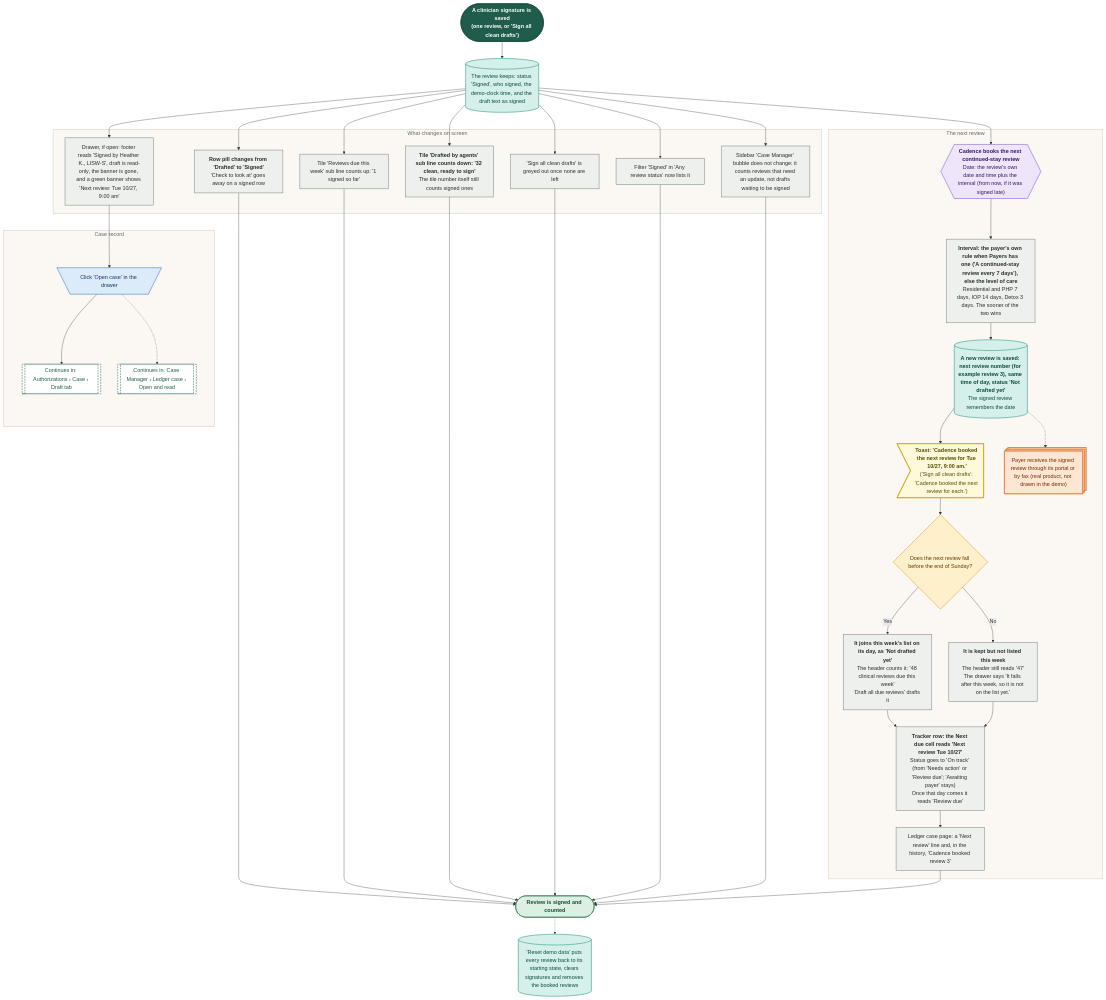
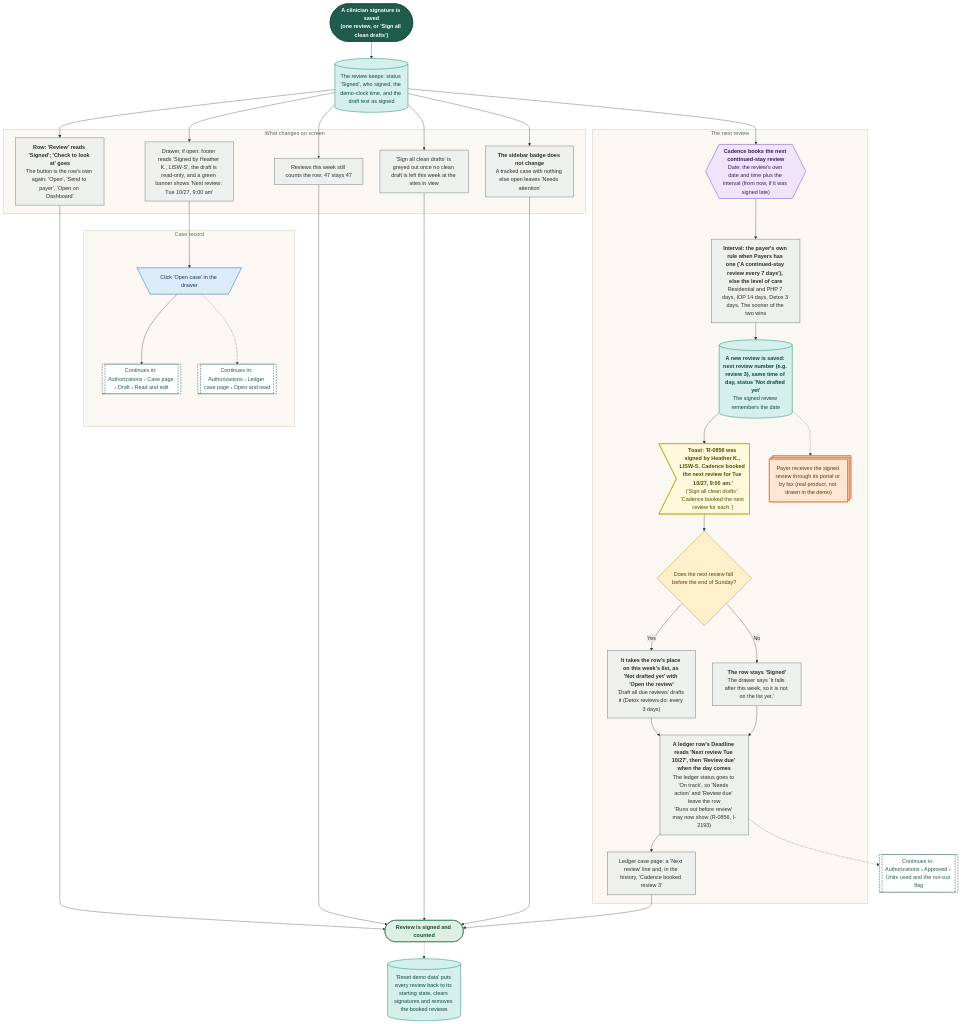
One commit to Shrav143/psyfloapp changed diagram 17 of 20 in demos/prior-auth-demo/workflows/out/md/07-case-manager.md. Above: the diagram before and after it, drawn with Mermaid. The commit also changed other lines of this file and 113 other files, not shown here.

First line of the commit message:
docs: workflow diagrams for the merged Authorizations (worklist, approved, reviews and tracked cases, sidebar arrow), every link retargeted, 336 diagrams

````diff
--- a/demos/prior-auth-demo/workflows/out/md/07-case-manager.md
+++ b/demos/prior-auth-demo/workflows/out/md/07-case-manager.md
@@ -1440,77 +1264,77 @@
 ```mermaid
 %%{init: {"theme":"base","themeVariables":{"fontFamily":"'DM Sans', 'Segoe UI', system-ui, sans-serif","fontSize":"15px","lineColor":"#5B6B63","primaryTextColor":"#1C2B25","clusterBkg":"#FBF8F3","clusterBorder":"#D9CDBB","edgeLabelBackground":"#FFFFFF"},"flowchart":{"curve":"basis","nodeSpacing":36,"rankSpacing":48,"padding":12,"htmlLabels":true,"useMaxWidth":false,"wrappingWidth":230}} }%%
 flowchart TD
   classDef k_start fill:#1F5C4B,stroke:#174638,color:#FFFFFF,stroke-width:1.5px,font-weight:600
   classDef k_end fill:#DDEFE3,stroke:#2E7D4F,color:#14502F,stroke-width:1.5px,font-weight:600
   classDef k_endx fill:#FBE3E0,stroke:#C0392B,color:#7A1F16,stroke-width:1.5px,font-weight:600
   classDef k_screen fill:#FFFDF8,stroke:#1F5C4B,color:#1C2B25,stroke-width:2px
   classDef k_overlay fill:#F1F7F3,stroke:#1F5C4B,color:#1C2B25,stroke-width:2px,stroke-dasharray:5 3
   classDef k_click fill:#DCEBFA,stroke:#2F6DB5,color:#12365F,stroke-width:1.5px
   classDef k_input fill:#E4E7FF,stroke:#4C5FD5,color:#1D2670,stroke-width:1.5px
   classDef k_process fill:#EEF0EE,stroke:#7A857F,color:#26302B,stroke-width:1.5px
   classDef k_agent fill:#EEE5FA,stroke:#7A4FC2,color:#341A63,stroke-width:1.5px
   classDef k_decision fill:#FFF0CC,stroke:#D9962B,color:#5C3B00,stroke-width:1.5px
   classDef k_store fill:#D5F0EA,stroke:#1C8E7B,color:#0B4A3F,stroke-width:1.5px
   classDef k_doc fill:#F6E9DC,stroke:#B07A4C,color:#4A2E14,stroke-width:1.5px
   classDef k_ext fill:#FFE6D2,stroke:#E07B39,color:#6B2F06,stroke-width:1.5px
   classDef k_wait fill:#E4E8EE,stroke:#6B7C93,color:#26303D,stroke-width:1.5px
   classDef k_toast fill:#FFF9DB,stroke:#C9A400,color:#5A4A00,stroke-width:1.5px
   classDef k_goto fill:#FFFFFF,stroke:#1F5C4B,color:#1F5C4B,stroke-width:1.5px,stroke-dasharray:5 3
   s1@{ shape: stadium, label: "<b>A clinician signature is saved</b><br/>(one review, or 'Sign all clean drafts')" }
   st1@{ shape: cyl, label: "The review keeps: status 'Signed', who signed, the demo-clock time, and the draft text as signed" }
   subgraph gScreen ["What changes on screen"]
-  a1@{ shape: rect, label: "<b>Row pill changes from 'Drafted' to 'Signed'</b><br/>'Check to look at' goes away on a signed row" }
-  a2@{ shape: rect, label: "Drawer, if open: footer reads 'Signed by Heather K., LISW-S', draft is read-only, the banner is gone, and a green banner shows 'Next review: Tue 10/27, 9:00 am'" }
-  a3@{ shape: rect, label: "Tile 'Reviews due this week' sub line counts up: '1 signed so far'" }
-  a4@{ shape: rect, label: "<b>Tile 'Drafted by agents' sub line counts down: '32 clean, ready to sign'</b><br/>The tile number itself still counts signed ones" }
-  a5@{ shape: rect, label: "'Sign all clean drafts' is greyed out once none are left" }
-  a6@{ shape: rect, label: "Filter 'Signed' in 'Any review status' now lists it" }
-  a7@{ shape: rect, label: "Sidebar 'Case Manager' bubble does not change: it counts reviews that need an update, not drafts waiting to be signed" }
+  a1@{ shape: rect, label: "<b>Row: 'Review' reads 'Signed'; 'Check to look at' goes</b><br/>The button is the row's own again: 'Open', 'Send to payer', 'Open on Dashboard'" }
+  a2@{ shape: rect, label: "Drawer, if open: footer reads 'Signed by Heather K., LISW-S', the draft is read-only, and a green banner shows 'Next review: Tue 10/27, 9:00 am'" }
+  a3@{ shape: rect, label: "Reviews this week still counts the row: 47 stays 47" }
+  a5@{ shape: rect, label: "'Sign all clean drafts' is greyed out once no clean draft is left this week at the sites in view" }
+  a7@{ shape: rect, label: "<b>The sidebar badge does not change</b><br/>A tracked case with nothing else open leaves 'Needs attention'" }
   end
   subgraph gNext ["The next review"]
   g1@{ shape: hex, label: "<b>Cadence books the next continued-stay review</b><br/>Date: the review's own date and time plus the interval (from now, if it was signed late)" }
   i1@{ shape: rect, label: "<b>Interval: the payer's own rule when Payers has one ('A continued-stay review every 7 days'), else the level of care</b><br/>Residential and PHP 7 days, IOP 14 days, Detox 3 days. The sooner of the two wins" }
-  n1@{ shape: cyl, label: "<b>A new review is saved: next review number (for example review 3), same time of day, status 'Not drafted yet'</b><br/>The signed review remembers the date" }
-  t1@{ shape: odd, label: "<b>Toast: 'Cadence booked the next review for Tue 10/27, 9:00 am.'</b><br/>('Sign all clean drafts': 'Cadence booked the next review for each.')" }
+  n1@{ shape: cyl, label: "<b>A new review is saved: next review number (e.g. review 3), same time of day, status 'Not drafted yet'</b><br/>The signed review remembers the date" }
+  t1@{ shape: odd, label: "<b>Toast: 'R-0856 was signed by Heather K., LISW-S. Cadence booked the next review for Tue 10/27, 9:00 am.'</b><br/>('Sign all clean drafts': 'Cadence booked the next review for each.')" }
   d1@{ shape: diam, label: "Does the next review fall before the end of Sunday?" }
-  n2@{ shape: rect, label: "<b>It joins this week's list on its day, as 'Not drafted yet'</b><br/>The header counts it: '48 clinical reviews due this week'<br/>'Draft all due reviews' drafts it" }
-  n3@{ shape: rect, label: "<b>It is kept but not listed this week</b><br/>The header still reads '47'<br/>The drawer says 'It falls after this week, so it is not on the list yet.'" }
-  n4@{ shape: rect, label: "<b>Tracker row: the Next due cell reads 'Next review Tue 10/27'</b><br/>Status goes to 'On track' (from 'Needs action' or 'Review due'; 'Awaiting payer' stays)<br/>Once that day comes it reads 'Review due'" }
+  n2@{ shape: rect, label: "<b>It takes the row's place on this week's list, as 'Not drafted yet' with 'Open the review'</b><br/>'Draft all due reviews' drafts it (Detox reviews do: every 3 days)" }
+  n3@{ shape: rect, label: "<b>The row stays 'Signed'</b><br/>The drawer says 'It falls after this week, so it is not on the list yet.'" }
+  n4@{ shape: rect, label: "<b>A ledger row's Deadline reads 'Next review Tue 10/27', then 'Review due' when the day comes</b><br/>The ledger status goes to 'On track', so 'Needs action' and 'Review due' leave the row<br/>'Runs out before review' may now show (R-0856, I-2193)" }
   n5@{ shape: rect, label: "Ledger case page: a 'Next review' line and, in the history, 'Cadence booked review 3'" }
   x1@{ shape: st-rect, label: "Payer receives the signed review through its portal or by fax (real product, not drawn in the demo)" }
   end
   subgraph gCase ["Case record"]
   c1@{ shape: trap-t, label: "Click 'Open case' in the drawer" }
-  g2@{ shape: subproc, label: "Continues in: Authorizations › Case › Draft tab" }
-  g3@{ shape: subproc, label: "Continues in: Case Manager › Ledger case › Open and read" }
+  g2@{ shape: subproc, label: "Continues in: Authorizations › Case page › Draft › Read and edit" }
+  g3@{ shape: subproc, label: "Continues in: Authorizations › Ledger case page › Open and read" }
   end
+  g4@{ shape: subproc, label: "Continues in: Authorizations › Approved › Units used and the run-out flag" }
   st2@{ shape: cyl, label: "'Reset demo data' puts every review back to its starting state, clears signatures and removes the booked reviews" }
   e1@{ shape: stadium, label: "Review is signed and counted" }
   s1 --> st1
-  st1 --> a1 & a2 & a3 & a4 & a5 & a6 & a7
+  st1 --> a1 & a2 & a3 & a5 & a7
   st1 --> g1 --> i1 --> n1 --> t1 --> d1
   d1 -->|"Yes"| n2
   d1 -->|"No"| n3
   n2 --> n4
   n3 --> n4
   n4 --> n5
+  n4 -.-> g4
   n1 -.-> x1
   a2 --> c1 --> g2
   c1 -.-> g3
-  a1 & a3 & a4 & a5 & a6 & a7 --> e1
+  a1 & a3 & a5 & a7 --> e1
   n5 --> e1
   e1 -.-> st2
   class s1 k_start
   class st1,n1,st2 k_store
-  class a1,a2,a3,a4,a5,a6,a7,i1,n2,n3,n4,n5 k_process
+  class a1,a2,a3,a5,a7,i1,n2,n3,n4,n5 k_process
   class g1 k_agent
   class t1 k_toast
   class d1 k_decision
   class x1 k_ext
   class c1 k_click
-  class g2,g3 k_goto
+  class g2,g3,g4 k_goto
   class e1 k_end
   style gScreen fill:#FBF8F3,stroke:#D9CDBB,stroke-width:1.5px,color:#5B6B63
   style gNext fill:#FBF8F3,stroke:#D9CDBB,stroke-width:1.5px,color:#5B6B63
   style gCase fill:#FBF8F3,stroke:#D9CDBB,stroke-width:1.5px,color:#5B6B63
 ```
````
